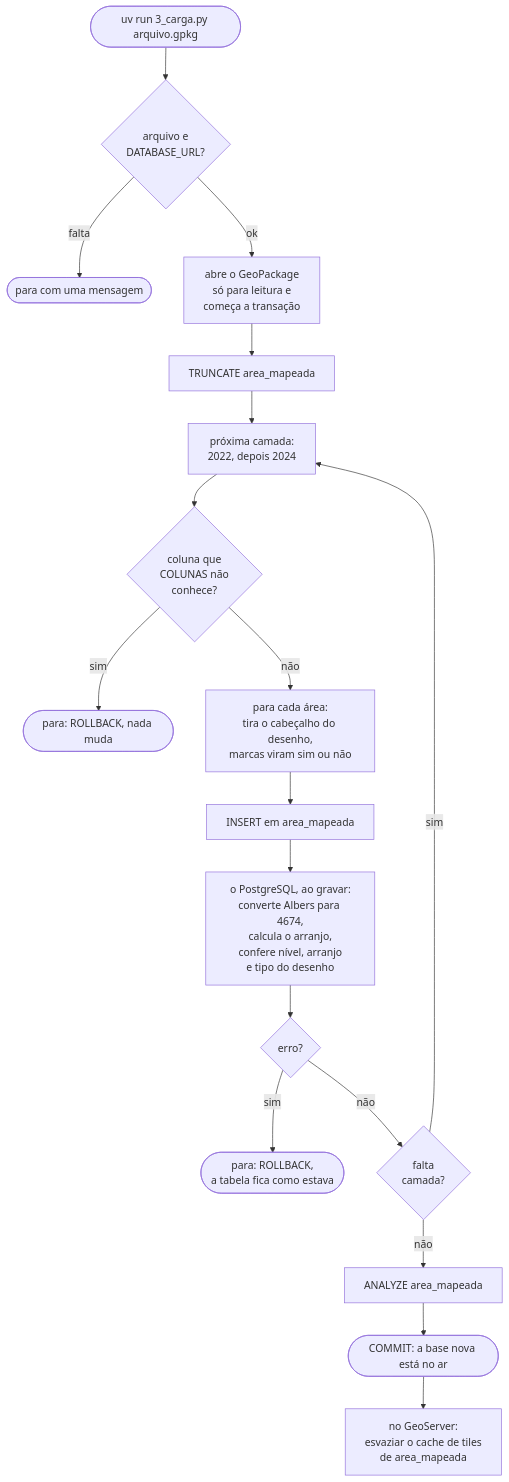
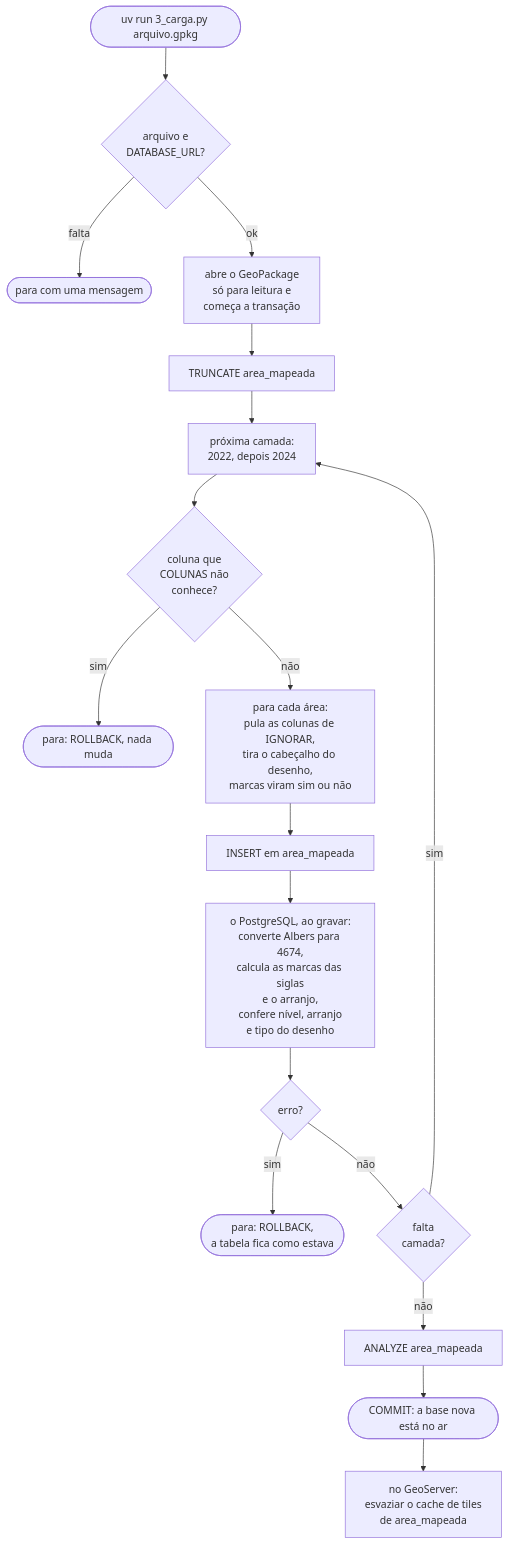
Before and after one commit to brunoksato/planaveg: the fourth of 5 diagrams in diagramas.md, drawn with Mermaid. The commit also changed other lines of this file and 4 other files, not shown here.

````diff
--- a/diagramas.md
+++ b/diagramas.md
@@ -111,20 +116,20 @@
 ```mermaid
 flowchart TD
     inicio(["uv run 3_carga.py arquivo.gpkg"]) --> ok{"arquivo e<br/>DATABASE_URL?"}
     ok -- "falta" --> para1(["para com uma mensagem"])
     ok -- "ok" --> abre["abre o GeoPackage<br/>só para leitura e<br/>começa a transação"]
     abre --> limpa["TRUNCATE area_mapeada"]
     limpa --> camada["próxima camada:<br/>2022, depois 2024"]
     camada --> conhece{"coluna que<br/>COLUNAS não<br/>conhece?"}
     conhece -- "sim" --> para2(["para: ROLLBACK, nada muda"])
-    conhece -- "não" --> prepara["para cada área:<br/>tira o cabeçalho do desenho,<br/>marcas viram sim ou não"]
+    conhece -- "não" --> prepara["para cada área:<br/>pula as colunas de IGNORAR,<br/>tira o cabeçalho do desenho,<br/>marcas viram sim ou não"]
     prepara --> grava["INSERT em area_mapeada"]
-    grava --> postgres["o PostgreSQL, ao gravar:<br/>converte Albers para 4674,<br/>calcula o arranjo,<br/>confere nível, arranjo<br/>e tipo do desenho"]
+    grava --> postgres["o PostgreSQL, ao gravar:<br/>converte Albers para 4674,<br/>calcula as marcas das siglas<br/>e o arranjo,<br/>confere nível, arranjo<br/>e tipo do desenho"]
     postgres --> erro{"erro?"}
     erro -- "sim" --> para3(["para: ROLLBACK,<br/>a tabela fica como estava"])
     erro -- "não" --> falta{"falta<br/>camada?"}
     falta -- "sim" --> camada
     falta -- "não" --> analisa["ANALYZE area_mapeada"]
     analisa --> fim(["COMMIT: a base nova está no ar"])
     fim --> cache["no GeoServer:<br/>esvaziar o cache de tiles<br/>de area_mapeada"]
 ```
````
